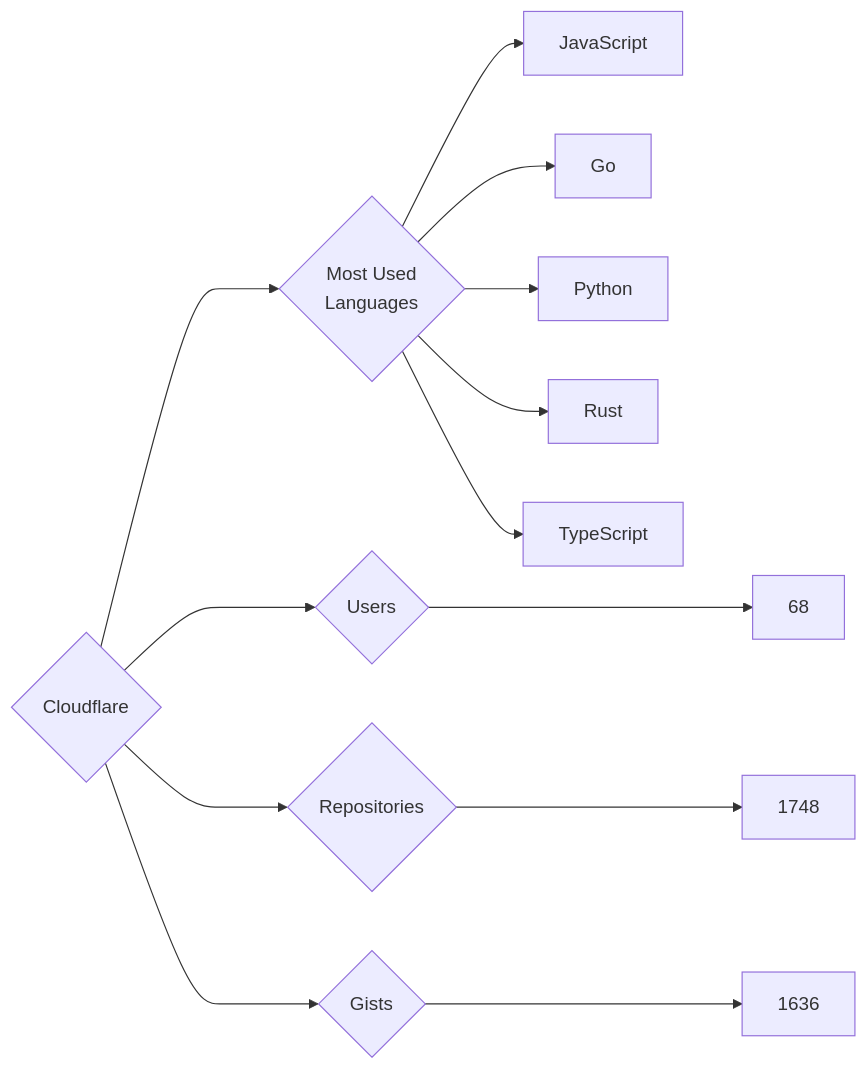
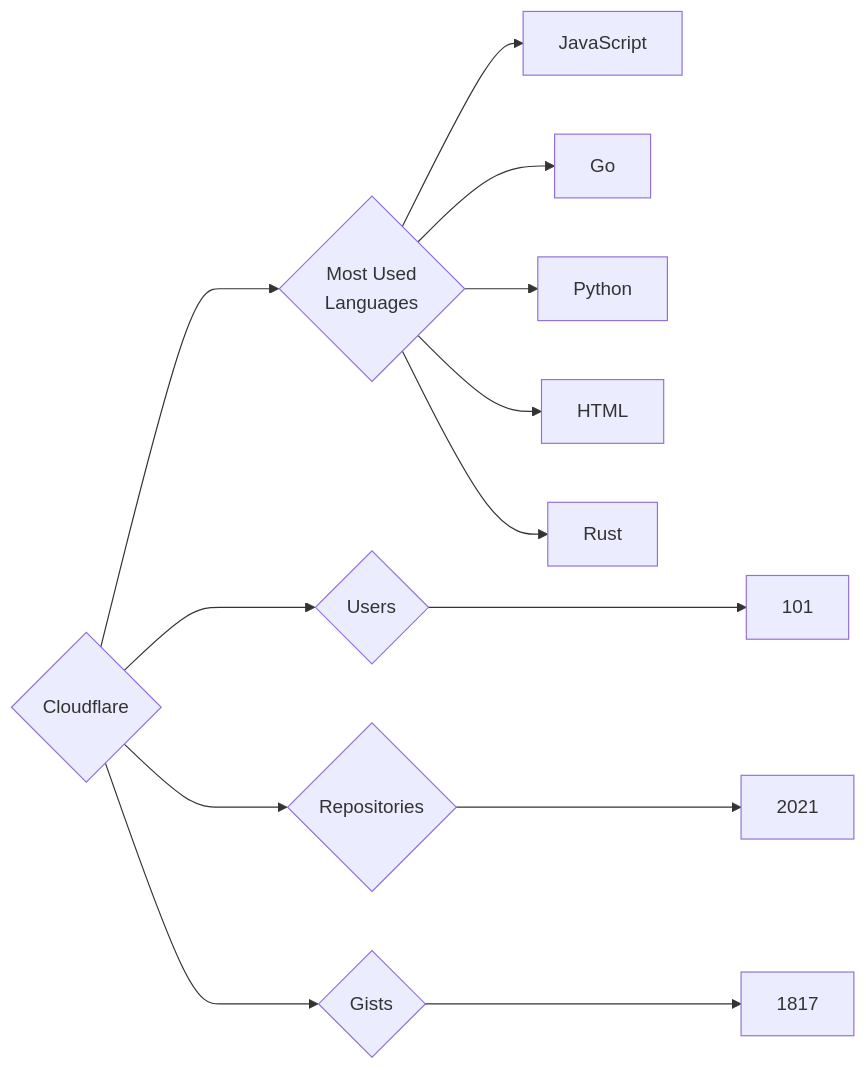
The diagram in targets/Cloudflare/README.md (trickest/insiders), drawn with Mermaid before and after one commit. The commit also changed 610 other files, not shown here.

````diff
--- a/targets/Cloudflare/README.md
+++ b/targets/Cloudflare/README.md
@@ -3,13 +3,13 @@
 ```mermaid
 graph LR
 COMPANY_NAME{Cloudflare}
-COMPANY_NAME ---> U{Users} ---> UN[68]
-COMPANY_NAME ---> R{Repositories} ---> RN[1748]
-COMPANY_NAME ---> G{Gists} ---> GN[1636]
+COMPANY_NAME ---> U{Users} ---> UN[101]
+COMPANY_NAME ---> R{Repositories} ---> RN[2021]
+COMPANY_NAME ---> G{Gists} ---> GN[1817]
 COMPANY_NAME ---> ML{Most Used<br>Languages}
 ML --> JavaScript[JavaScript]
 ML --> Go[Go]
 ML --> Python[Python]
+ML --> HTML[HTML]
 ML --> Rust[Rust]
-ML --> TypeScript[TypeScript]
 ```
````
